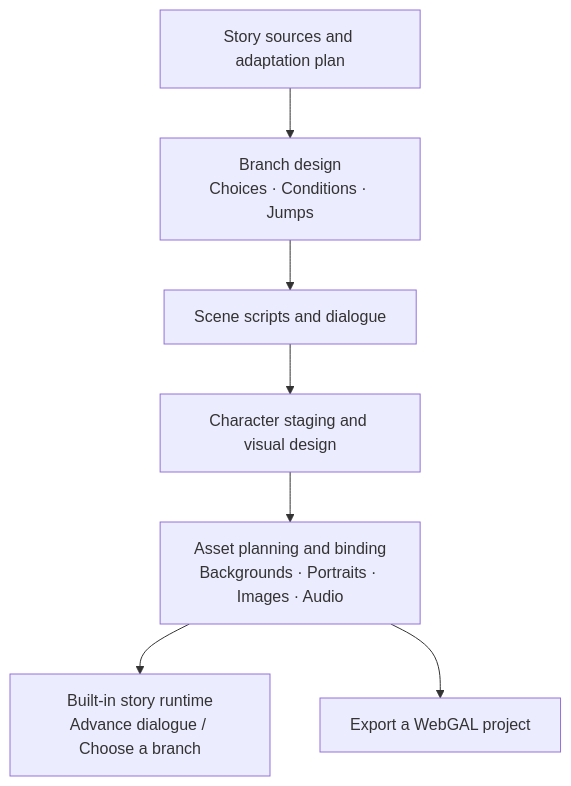
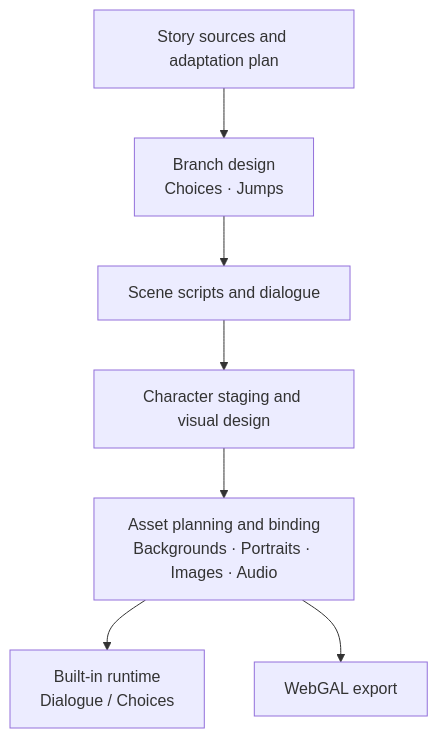
Before and after one commit to GTJasonMK/A4N: the ninth of 18 diagrams in README.en.md, drawn with Mermaid. The commit also changed other lines of this file and 2 other files, not shown here.

First line of the commit message:
docs: fix README diagram flows and mobile readability

````diff
--- a/README.en.md
+++ b/README.en.md
@@ -159,11 +166,11 @@
 ```mermaid
 flowchart TB
   accTitle: Interactive stories from branches to playback and export
   accDescr: Adapt a source story, design branches, create dialogue and staging, bind assets, then play the story in the built-in runtime or export a WebGAL project.
-  source["Story sources and adaptation plan"] --> branches["Branch design<br/>Choices · Conditions · Jumps"]
+  source["Story sources and adaptation plan"] --> branches["Branch design<br/>Choices · Jumps"]
   branches --> script["Scene scripts and dialogue"]
   script --> staging["Character staging and visual design"]
   staging --> assets["Asset planning and binding<br/>Backgrounds · Portraits · Images · Audio"]
-  assets --> play["Built-in story runtime<br/>Advance dialogue / Choose a branch"]
-  assets --> export["Export a WebGAL project"]
+  assets --> play["Built-in runtime<br/>Dialogue / Choices"]
+  assets --> export["WebGAL export"]
 ```
````
